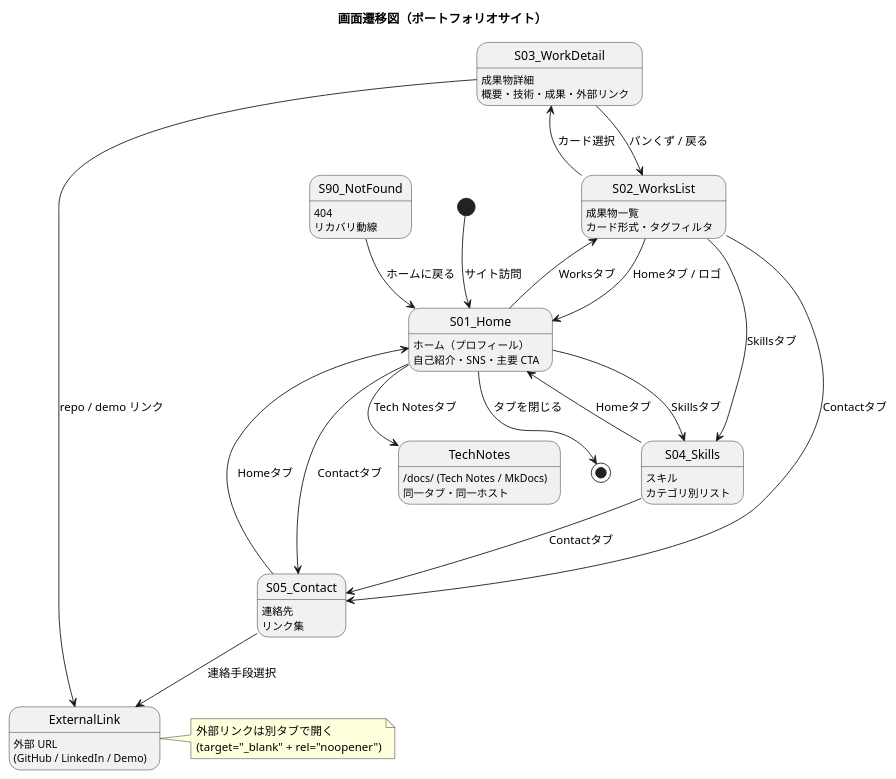
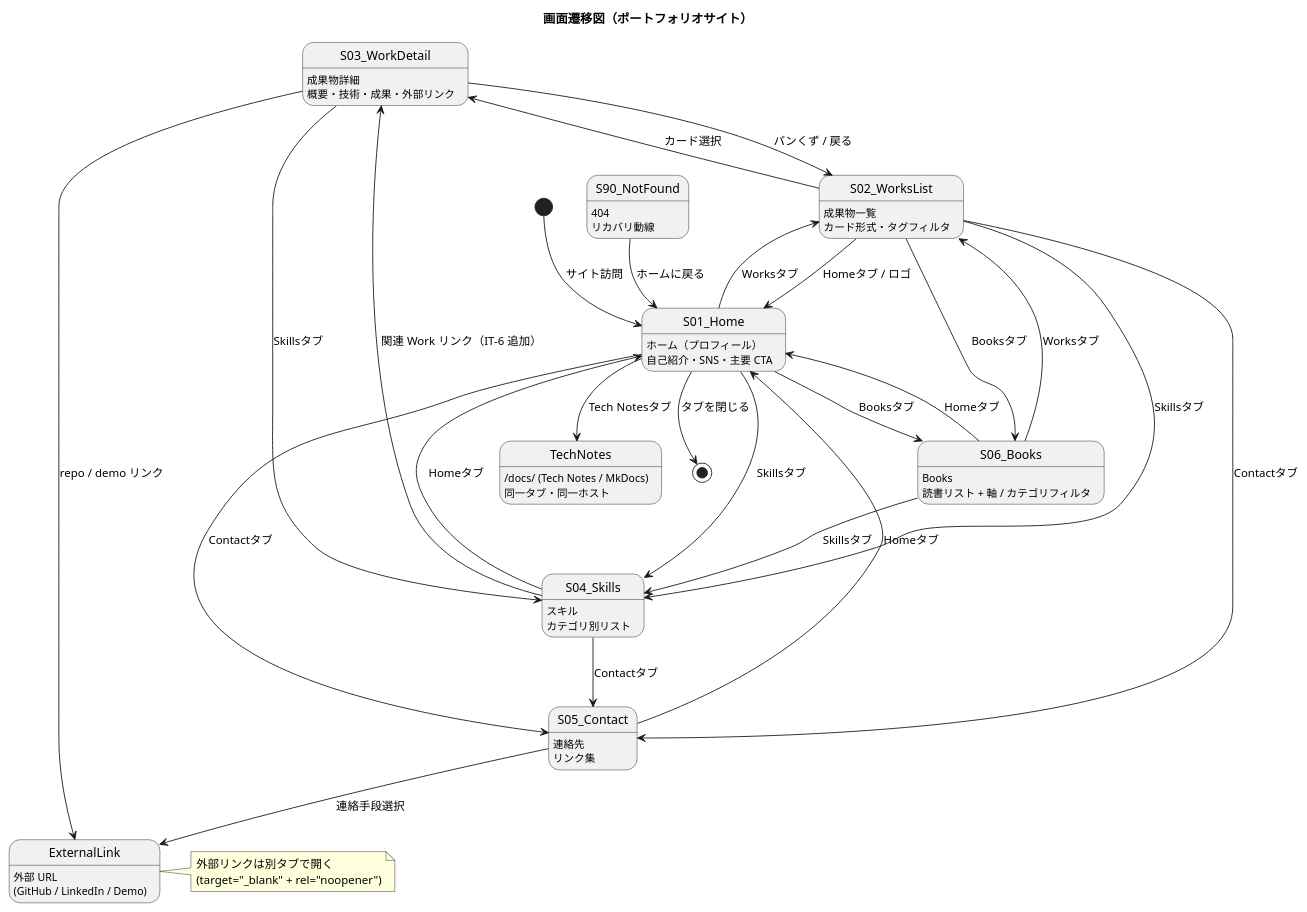
One commit to k2works/portfolio changed the third of 11 diagrams in docs/design/ui_design.md. Above: the diagram before and after it, drawn with PlantUML. The commit also changed other lines of this file and 1 other file, not shown here.

Commit message:
docs(design): IT-7 Phase 3 - ui_design 反映 + .gitattributes 拡張
整合性検証で検出された ui_design.md の 4 件の更新と、.gitattributes
拡張による Windows CRLF 衝突の恒久対策を一括反映する。

ui_design.md 更新:

- 画面一覧テーブルに `S06 / Books / /books/ / リスト + 軸 × カテゴリ
  フィルタ / 知識バックグラウンドの可視化（IT-6 後の追加）` を追加
- ヘッダーナビ記述（salt 図 + 解説）を `Home / Works / Skills / Books /
  Contact / Tech Notes ↗` に更新
- 画面遷移図に S06_Books の state（URL `/books/`、説明）と他画面との
  遷移（Books タブ ⇔ Home / Works / Skills）を追加
- 画面遷移図に S04_Skills ↔ S03_WorkDetail（関連 Work 逆参照リンク、
  IT-6 で約束）を追加

.gitattributes 拡張:

- 全テキストファイルに `* text=auto eol=lf` を適用
- Node / Web プロジェクトの主要拡張子（astro / ts / tsx / js / mjs /
  cjs / json / jsonc / md / mdx / css / html / svg / yml / yaml）に
  明示的な `text eol=lf` を指定
- バイナリ拡張子（png / jpg / jpeg / webp / avif / ico / woff /
  woff2 / pdf）に `binary` を指定
- pre-commit hook（husky + lint-staged / 7d5caf9）と併用し、git 側 +
  クライアント側の二重で改行コード問題を解消

これで Windows ローカルでも format:check が通る運用になり、IT-6 から
IT-7 までの CI 失敗の根本原因（autocrlf=true × endOfLine: "lf" の
衝突）が完全に解消される。

ローカル: typecheck OK / build 19 page(s) / E2E 76 passed / 既存テスト
への影響なし

````diff
--- a/docs/design/ui_design.md
+++ b/docs/design/ui_design.md
@@ -126,45 +127,54 @@
 ```plantuml
 @startuml
 title 画面遷移図（ポートフォリオサイト）
 
 [*] --> S01_Home : サイト訪問
 
 state S01_Home : ホーム（プロフィール）\n自己紹介・SNS・主要 CTA
 state S02_WorksList : 成果物一覧\nカード形式・タグフィルタ
 state S03_WorkDetail : 成果物詳細\n概要・技術・成果・外部リンク
 state S04_Skills : スキル\nカテゴリ別リスト
 state S05_Contact : 連絡先\nリンク集
+state S06_Books : Books\n読書リスト + 軸 / カテゴリフィルタ
 state S90_NotFound : 404\nリカバリ動線
 state TechNotes : /docs/ (Tech Notes / MkDocs)\n同一タブ・同一ホスト
 state ExternalLink : 外部 URL\n(GitHub / LinkedIn / Demo)
 
 ' ヘッダーナビゲーション（全画面から）
 S01_Home --> S02_WorksList : Worksタブ
 S01_Home --> S04_Skills : Skillsタブ
+S01_Home --> S06_Books : Booksタブ
 S01_Home --> S05_Contact : Contactタブ
 S01_Home --> TechNotes : Tech Notesタブ
 
 S02_WorksList --> S01_Home : Homeタブ / ロゴ
 S02_WorksList --> S03_WorkDetail : カード選択
 S02_WorksList --> S04_Skills : Skillsタブ
+S02_WorksList --> S06_Books : Booksタブ
 S02_WorksList --> S05_Contact : Contactタブ
 
 S03_WorkDetail --> S02_WorksList : パンくず / 戻る
+S03_WorkDetail --> S04_Skills : Skillsタブ
 S03_WorkDetail --> ExternalLink : repo / demo リンク
 
 S04_Skills --> S01_Home : Homeタブ
+S04_Skills --> S03_WorkDetail : 関連 Work リンク（IT-6 追加）
 S04_Skills --> S05_Contact : Contactタブ
 
 S05_Contact --> ExternalLink : 連絡手段選択
 S05_Contact --> S01_Home : Homeタブ
+
+S06_Books --> S01_Home : Homeタブ
+S06_Books --> S02_WorksList : Worksタブ
+S06_Books --> S04_Skills : Skillsタブ
 
 S90_NotFound --> S01_Home : ホームに戻る
 
 S01_Home --> [*] : タブを閉じる
 
 note right of ExternalLink
   外部リンクは別タブで開く
   (target="_blank" + rel="noopener")
 end note
 @enduml
 ```
````
